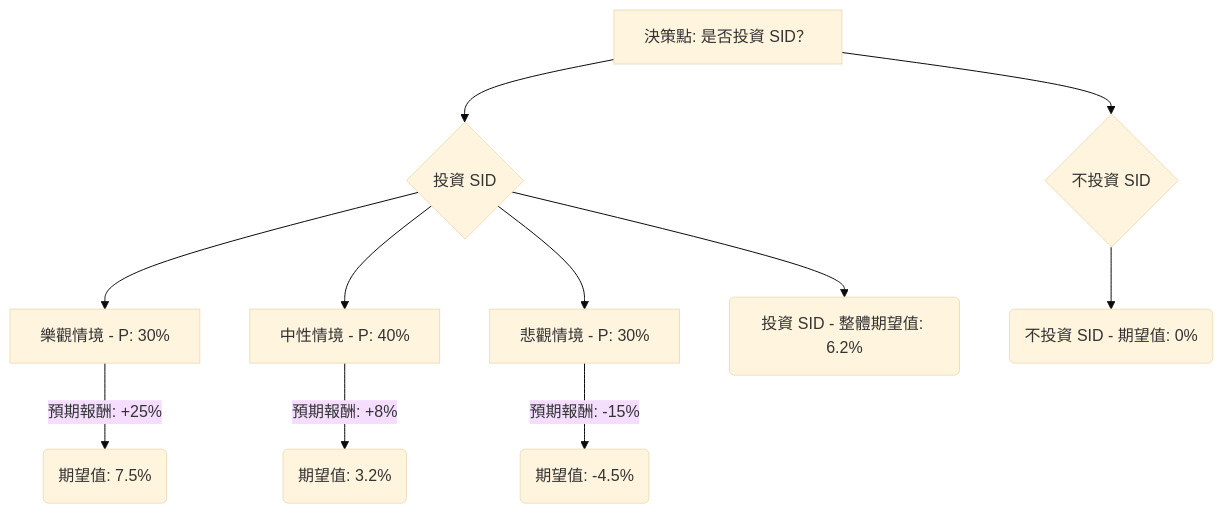
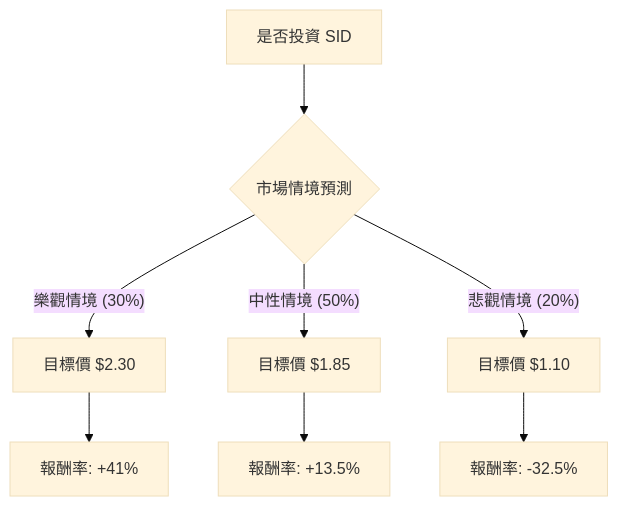
One commit to zmcx16/zmcx16.github.io changed the diagram in plugin-react/ai-analysis/ev-analysis/SID.md. Above: the diagram before and after it, drawn with Mermaid (base theme). The commit also changed other lines of this file and 82 other files, not shown here.

````diff
--- a/plugin-react/ai-analysis/ev-analysis/SID.md
+++ b/plugin-react/ai-analysis/ev-analysis/SID.md
@@ -57,16 +21,13 @@
 ```mermaid
 graph TD
-    A[決策點: 是否投資 SID？] --> B{投資 SID}
-    A --> C{不投資 SID}
-
-    B --> D{樂觀情境}
-    B --> E{中性情境}
-    B --> F{悲觀情境}
-
-    D[樂觀情境 - P: 30%] -- 預期報酬: +25% --> D1(期望值: 7.5%)
-    E[中性情境 - P: 40%] -- 預期報酬: +8% --> E1(期望值: 3.2%)
-    F[悲觀情境 - P: 30%] -- 預期報酬: -15% --> F1(期望值: -4.5%)
+    A[是否投資 SID] --> B{市場情境預測}
     
-    B --> B_EV(投資 SID - 整體期望值: 6.2%)
-    C --> C_EV(不投資 SID - 期望值: 0%)
+    B -- 樂觀情境 (30%) --> C[目標價 $2.30]
+    C --> C1[報酬率: +41%]
+    
+    B -- 中性情境 (50%) --> D[目標價 $1.85]
+    D --> D1[報酬率: +13.5%]
+    
+    B -- 悲觀情境 (20%) --> E[目標價 $1.10]
+    E --> E1[報酬率: -32.5%]
 ```
````
